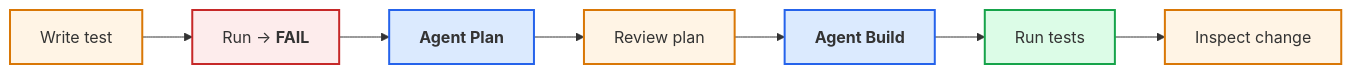
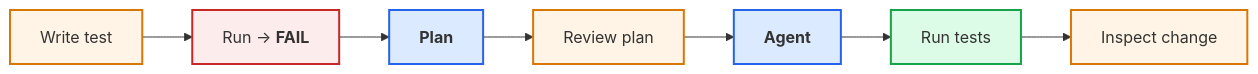
One commit to OxfordRSE/softeng-ai-daycourse changed the second of 2 diagrams in pages/04-testing.md. Above: the diagram before and after it, drawn with Mermaid. The commit also changed other lines of this file and 5 other files, not shown here.

````diff
--- a/pages/04-testing.md
+++ b/pages/04-testing.md
@@ -500,17 +468,17 @@
 ```mermaid
 flowchart LR
     W["Write test"] --> F["Run → <b>FAIL</b>"]
-    F --> P["<b>Agent Plan</b>"]
+    F --> P["<b>Plan</b>"]
     P --> R["Review plan"]
-    R --> B["<b>Agent Build</b>"]
+    R --> B["<b>Agent</b>"]
     B --> T["Run tests"]
     T --> I["Inspect change"]
 
     style W fill:#fff4e5,stroke:#d97706,stroke-width:2px
     style F fill:#fdecec,stroke:#c62828,stroke-width:2px
     style P fill:#dbeafe,stroke:#2563eb,stroke-width:2px
     style R fill:#fff4e5,stroke:#d97706,stroke-width:2px
     style B fill:#dbeafe,stroke:#2563eb,stroke-width:2px
     style T fill:#dcfce7,stroke:#16a34a,stroke-width:2px
     style I fill:#fff4e5,stroke:#d97706,stroke-width:2px
 ```
````
